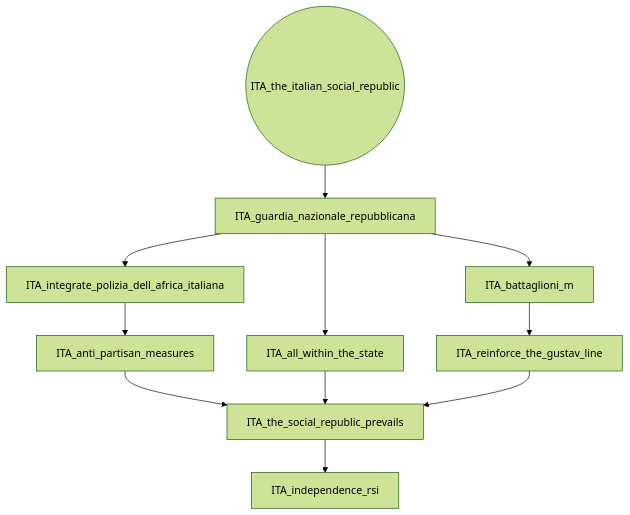
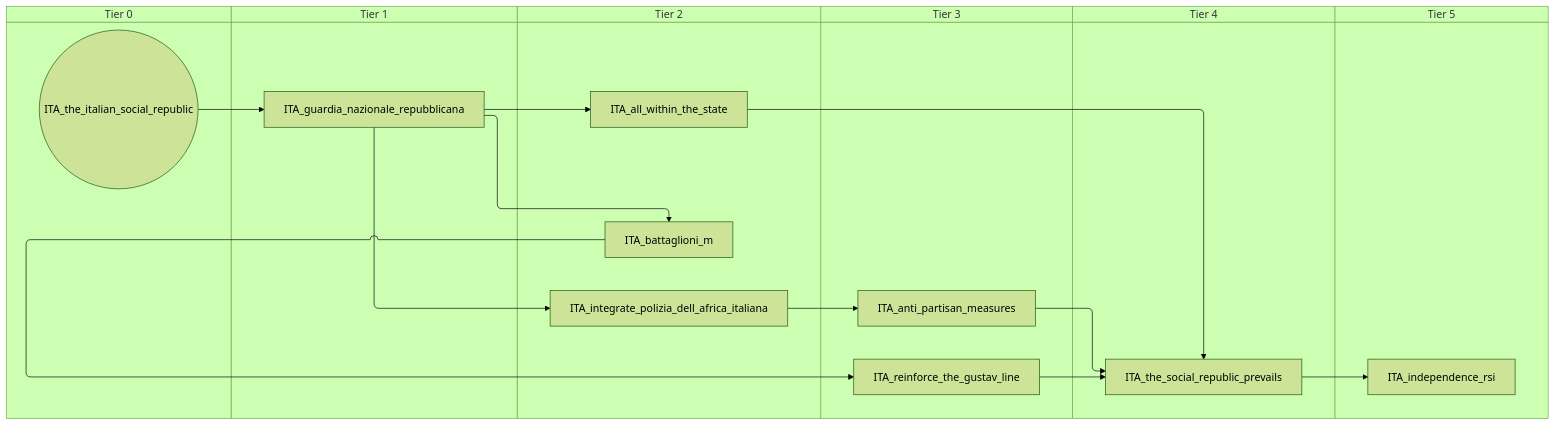
The tenth of 10 diagrams in docs/gdd/National Focuses/italy.md (evgeny-sobol/hoi4-sandbox-mode), drawn with Mermaid (forest theme) before and after one commit. The commit also changed other lines of this file and 80 other files, not shown here.

First line of the commit message:
Add swimlane mode to focus graph exporter

````diff
--- a/docs/gdd/National Focuses/italy.md
+++ b/docs/gdd/National Focuses/italy.md
@@ -1879,22 +2049,34 @@
 ```mermaid
-flowchart TD
-    n306["ITA_all_within_the_state"]
-    n307["ITA_anti_partisan_measures"]
-    n308["ITA_battaglioni_m"]
-    n309["ITA_guardia_nazionale_repubblicana"]
-    n310["ITA_independence_rsi"]
-    n311["ITA_integrate_polizia_dell_africa_italiana"]
-    n312["ITA_reinforce_the_gustav_line"]
-    n313(("ITA_the_italian_social_republic"))
-    n314["ITA_the_social_republic_prevails"]
-    n309 --> n306
-    n311 --> n307
-    n309 --> n308
-    n313 --> n309
-    n314 --> n310
-    n309 --> n311
-    n308 --> n312
-    n307 --> n314
-    n306 --> n314
-    n312 --> n314
+swimlane-beta TD
+    subgraph tier_0["Tier 0"]
+        n306(("ITA_the_italian_social_republic"))
+    end
+    subgraph tier_1["Tier 1"]
+        n307["ITA_guardia_nazionale_repubblicana"]
+    end
+    subgraph tier_2["Tier 2"]
+        n308["ITA_all_within_the_state"]
+        n309["ITA_battaglioni_m"]
+        n310["ITA_integrate_polizia_dell_africa_italiana"]
+    end
+    subgraph tier_3["Tier 3"]
+        n311["ITA_anti_partisan_measures"]
+        n312["ITA_reinforce_the_gustav_line"]
+    end
+    subgraph tier_4["Tier 4"]
+        n313["ITA_the_social_republic_prevails"]
+    end
+    subgraph tier_5["Tier 5"]
+        n314["ITA_independence_rsi"]
+    end
+    n307 --> n308
+    n310 --> n311
+    n307 --> n309
+    n306 --> n307
+    n313 --> n314
+    n307 --> n310
+    n309 --> n312
+    n311 --> n313
+    n308 --> n313
+    n312 --> n313
 ```
````
